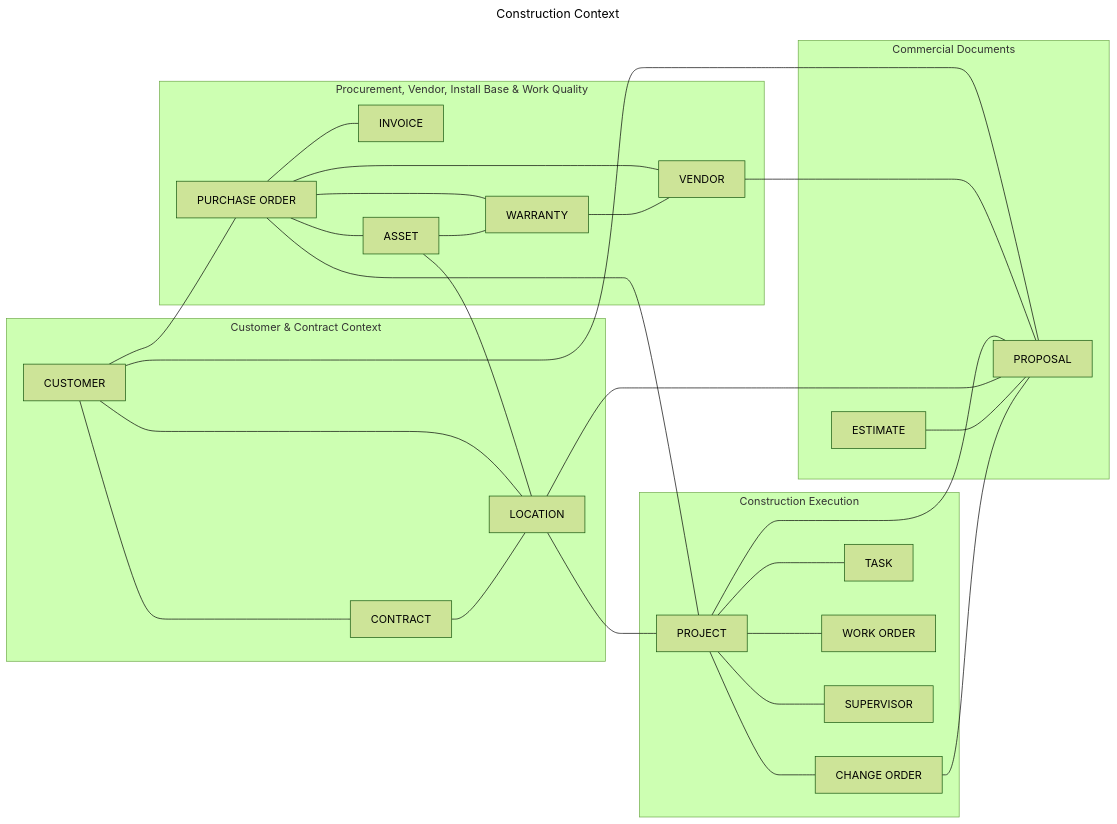
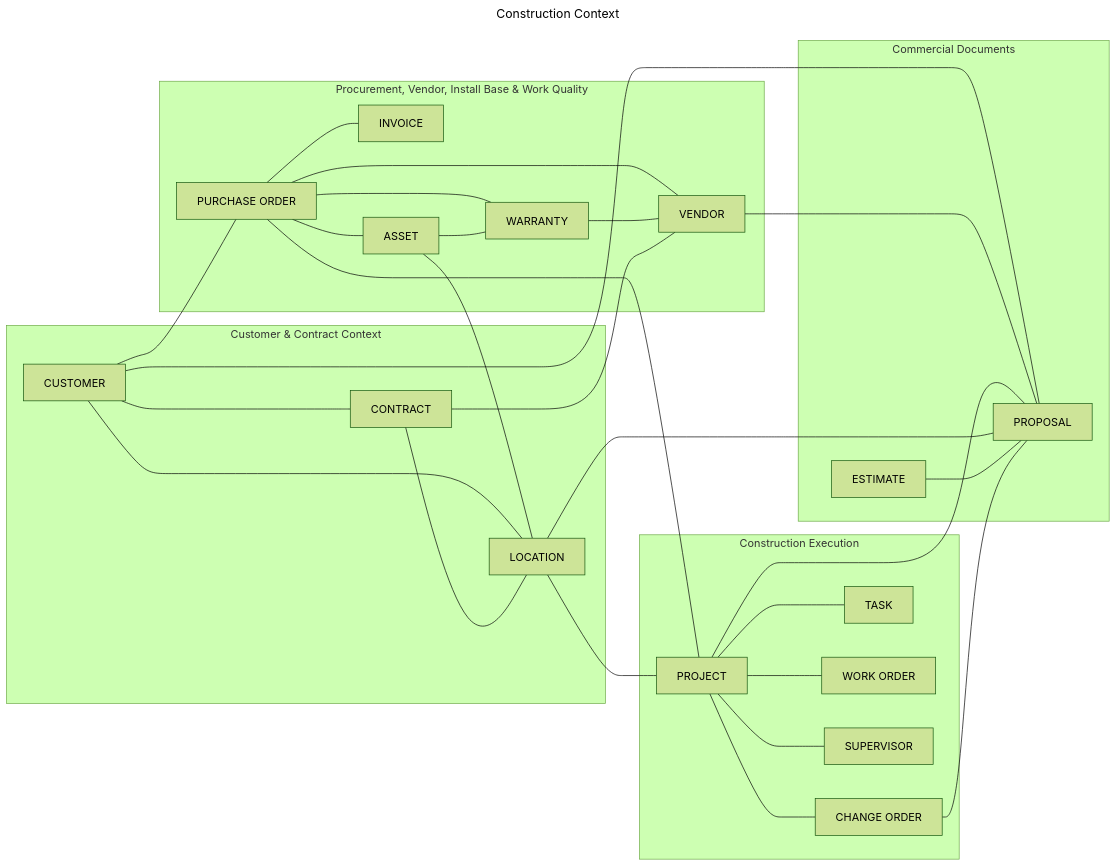
The diagram in construction-bounded-context.mmd (mcknz76/diagram-example), drawn with Mermaid (forest theme) before and after one commit.

Commit message:
updated construction

```diff
--- a/construction-bounded-context.mmd
+++ b/construction-bounded-context.mmd
@@ -1,81 +1,83 @@
 ---
 title: Construction Context
 ---
 
 flowchart LR
 
 %% -----------------------------
 %% Commercial Documents
 %% -----------------------------
 subgraph CommercialDocsCtx["Commercial&nbsp;Documents"]
   ESTIMATE
   PROPOSAL
 end
 
 %% -----------------------------
 %% Customer & Contract Context
 %% -----------------------------
 subgraph CustomerCtx["Customer & Contract Context"]
 
     CUSTOMER
     CONTRACT
     LOCATION
 end
 
 %% -----------------------------
 %% Procurement, Vendor, Install Base & Work Quality
 %% -----------------------------
 subgraph ProcurementCtx["Procurement, Vendor, Install Base & Work Quality"]
 
     PURCHASE_ORDER["PURCHASE ORDER"]
     INVOICE
     ASSET
     WARRANTY
     VENDOR
 end
 
 %% -----------------------------
 %% Construction Execution
 %% -----------------------------
 subgraph ExecCtx["Construction Execution"]
 
     PROJECT
     CHANGE_ORDER["CHANGE ORDER"]
     TASK
     WORK_ORDER["WORK ORDER"]
     SUPERVISOR
 end
 
 %% -----------------------------
 %% Relationships
 %% -----------------------------
 CUSTOMER --- CONTRACT
 CUSTOMER --- LOCATION
 CUSTOMER --- PURCHASE_ORDER
 CONTRACT --- LOCATION
 
 PURCHASE_ORDER --- INVOICE
 PURCHASE_ORDER --- ASSET
 PURCHASE_ORDER --- VENDOR
 PURCHASE_ORDER --- WARRANTY
 
 ASSET --- WARRANTY
 
 LOCATION --- PROJECT
 PURCHASE_ORDER --- PROJECT
 
 PROJECT --- CHANGE_ORDER
 PROJECT --- TASK
 PROJECT --- WORK_ORDER
 PROJECT --- SUPERVISOR
 
 WARRANTY --- VENDOR
+CONTRACT --- VENDOR
+
 
 ASSET --- LOCATION
 
 CUSTOMER --- PROPOSAL
 VENDOR --- PROPOSAL
 PROJECT --- PROPOSAL
 LOCATION --- PROPOSAL
 ESTIMATE --- PROPOSAL
 CHANGE_ORDER --- PROPOSAL
```
